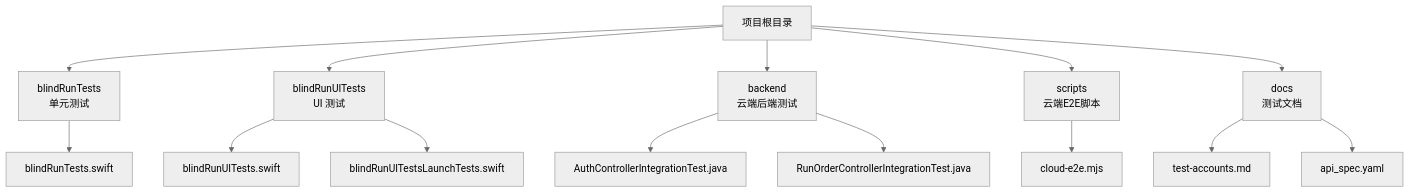
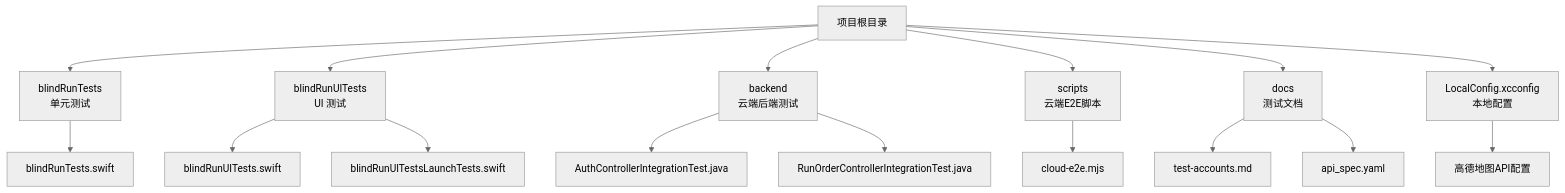
The first of 9 diagrams in .qoder/repowiki/zh/content/测试策略/测试自动化与持续集成.md (Jayden23018/blind-run-ios), drawn with Mermaid (neutral theme) before and after one commit. The commit also changed other lines of this file and 20 other files, not shown here.

````diff
--- a/.qoder/repowiki/zh/content/测试策略/测试自动化与持续集成.md
+++ b/.qoder/repowiki/zh/content/测试策略/测试自动化与持续集成.md
@@ -47,16 +51,18 @@
 ```mermaid
 graph TB
 A["项目根目录"] --> B["blindRunTests<br/>单元测试"]
 A --> C["blindRunUITests<br/>UI 测试"]
 A --> D["backend<br/>云端后端测试"]
 A --> E["scripts<br/>云端E2E脚本"]
 A --> F["docs<br/>测试文档"]
+A --> G["LocalConfig.xcconfig<br/>本地配置"]
 B --> B1["blindRunTests.swift"]
 C --> C1["blindRunUITests.swift"]
 C --> C2["blindRunUITestsLaunchTests.swift"]
 D --> D1["AuthControllerIntegrationTest.java"]
 D --> D2["RunOrderControllerIntegrationTest.java"]
 E --> E1["cloud-e2e.mjs"]
 F --> F1["test-accounts.md"]
 F --> F2["api_spec.yaml"]
+G --> G1["高德地图API配置"]
 ```
````
